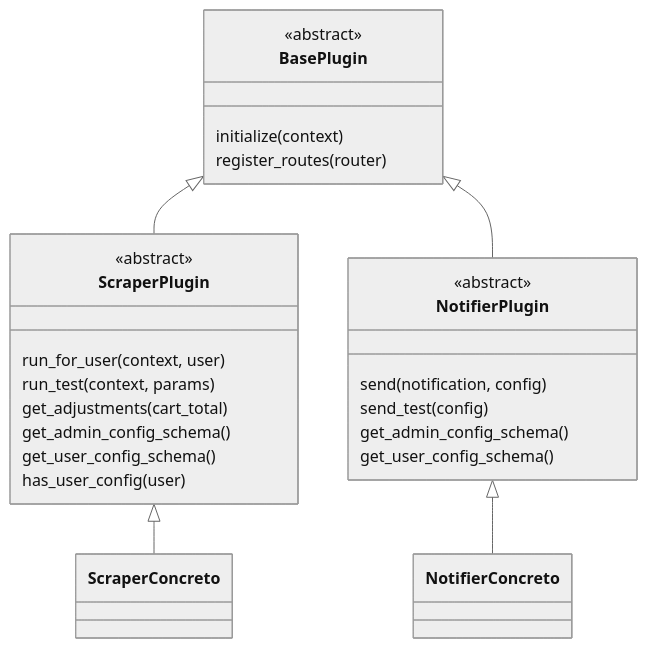
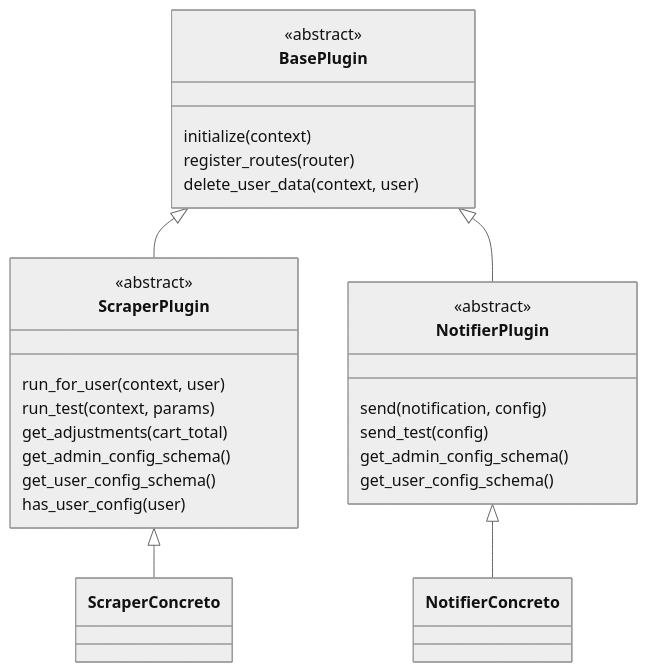
The first of 4 diagrams in docs/2-architecture/plugin-architecture.md (caporalesimone/watch-em-all), drawn with Mermaid (neutral theme) before and after one commit. The commit also changed other lines of this file and 12 other files, not shown here.

First line of the commit message:
docs: two-phase user deletion with plugin data purge

````diff
--- a/docs/2-architecture/plugin-architecture.md
+++ b/docs/2-architecture/plugin-architecture.md
@@ -11,28 +11,29 @@
 ```mermaid
 classDiagram
     class BasePlugin {
         <<abstract>>
         initialize(context)
         register_routes(router)
+        delete_user_data(context, user)
     }
     class ScraperPlugin {
         <<abstract>>
         run_for_user(context, user)
         run_test(context, params)
         get_adjustments(cart_total)
         get_admin_config_schema()
         get_user_config_schema()
         has_user_config(user)
     }
     class NotifierPlugin {
         <<abstract>>
         send(notification, config)
         send_test(config)
         get_admin_config_schema()
         get_user_config_schema()
     }
     BasePlugin <|-- ScraperPlugin
     BasePlugin <|-- NotifierPlugin
     ScraperPlugin <|-- ScraperConcreto
     NotifierPlugin <|-- NotifierConcreto
 ```
````
